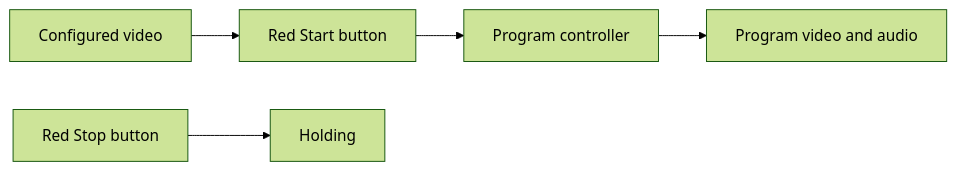
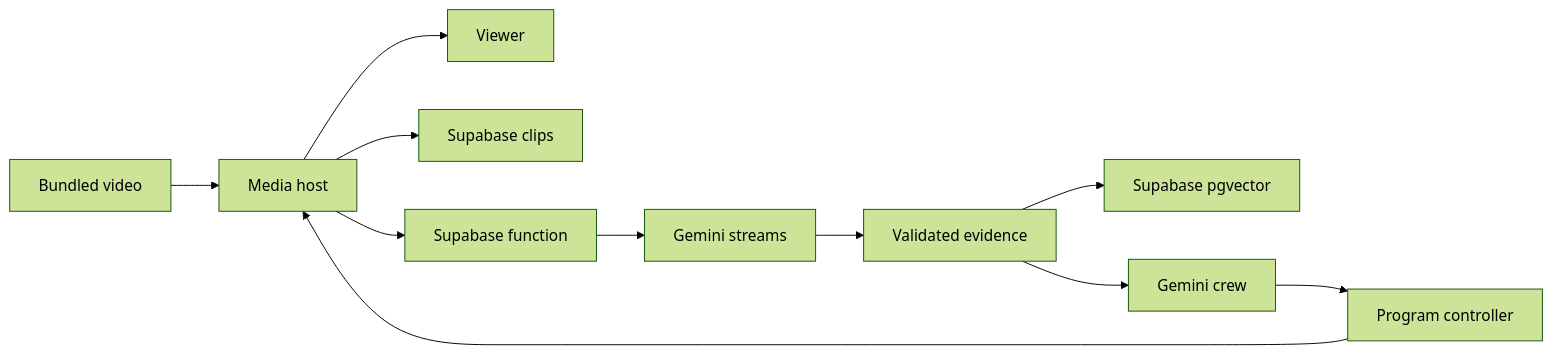
Before and after one commit to joeldsouzax/vast-hackathon: the diagram in README.md, drawn with Mermaid (forest theme). The commit also changed other lines of this file and 35 other files, not shown here.

Commit message:
Replace workshop AI with streamed Gemini and Supabase backend

````diff
--- a/README.md
+++ b/README.md
@@ -233,7 +90,13 @@
 ```mermaid
 flowchart LR
-  File[Configured video] --> Start[Red Start button]
-  Start --> Controller[Program controller]
-  Controller --> View[Program video and audio]
-  Stop[Red Stop button] --> Hold[Holding]
+  Video[Bundled video] --> Host[Media host]
+  Host --> Viewer[Viewer]
+  Host --> Clips[Supabase clips]
+  Host --> Edge[Supabase function]
+  Edge --> Gemini[Gemini streams]
+  Gemini --> Evidence[Validated evidence]
+  Evidence --> Search[Supabase pgvector]
+  Evidence --> Crew[Gemini crew]
+  Crew --> Controller[Program controller]
+  Controller --> Host
 ```
````
